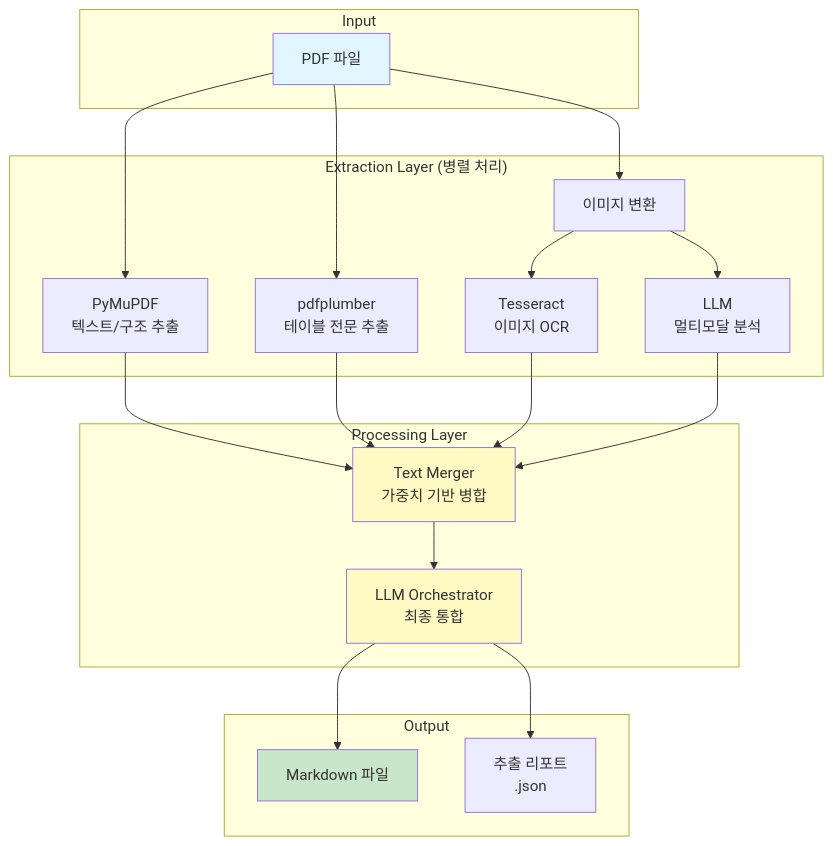
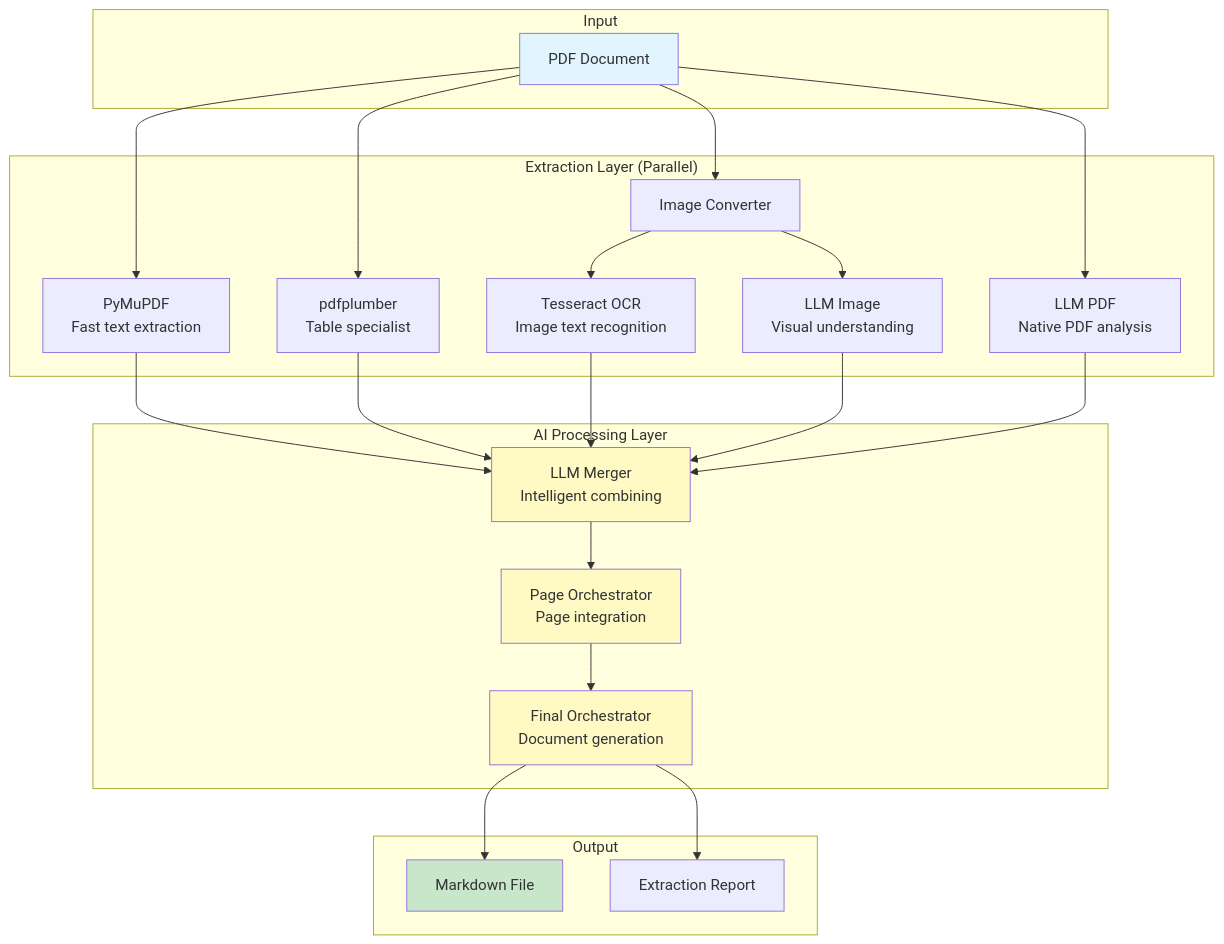
Before and after one commit to iml1111/pdf2md: the diagram in README.md, drawn with Mermaid. The commit also changed other lines of this file and 3 other files, not shown here.

````diff
--- a/README.md
+++ b/README.md
@@ -22,32 +60,36 @@
 ```mermaid
 graph TB
     subgraph Input
-        PDF[PDF 파일]
+        PDF[PDF Document]
     end
     
-    subgraph "Extraction Layer (병렬 처리)"
-        PDF --> E1[PyMuPDF<br/>텍스트/구조 추출]
-        PDF --> E2[pdfplumber<br/>테이블 전문 추출]
-        PDF --> IMG[이미지 변환]
-        IMG --> E4[Tesseract<br/>이미지 OCR]
-        IMG --> E5[LLM<br/>멀티모달 분석]
+    subgraph "Extraction Layer (Parallel)"
+        PDF --> E1[PyMuPDF<br/>Fast text extraction]
+        PDF --> E2[pdfplumber<br/>Table specialist]
+        PDF --> IMG[Image Converter]
+        IMG --> E3[Tesseract OCR<br/>Image text recognition]
+        IMG --> E4[LLM Image<br/>Visual understanding]
+        PDF --> E5[LLM PDF<br/>Native PDF analysis]
     end
     
-    subgraph "Processing Layer"
-        E1 --> TM[Text Merger<br/>가중치 기반 병합]
-        E2 --> TM
-        E4 --> TM
-        E5 --> TM
-        TM --> LO[LLM Orchestrator<br/>최종 통합]
+    subgraph "AI Processing Layer"
+        E1 --> LM[LLM Merger<br/>Intelligent combining]
+        E2 --> LM
+        E3 --> LM
+        E4 --> LM
+        E5 --> LM
+        LM --> PO[Page Orchestrator<br/>Page integration]
+        PO --> FO[Final Orchestrator<br/>Document generation]
     end
     
     subgraph Output
-        LO --> MD[Markdown 파일]
-        LO --> RPT[추출 리포트<br/>.json]
+        FO --> MD[Markdown File]
+        FO --> JSON[Extraction Report]
     end
     
     style PDF fill:#e1f5fe
     style MD fill:#c8e6c9
-    style TM fill:#fff9c4
-    style LO fill:#fff9c4
+    style LM fill:#fff9c4
+    style PO fill:#fff9c4
+    style FO fill:#fff9c4
 ```
````
